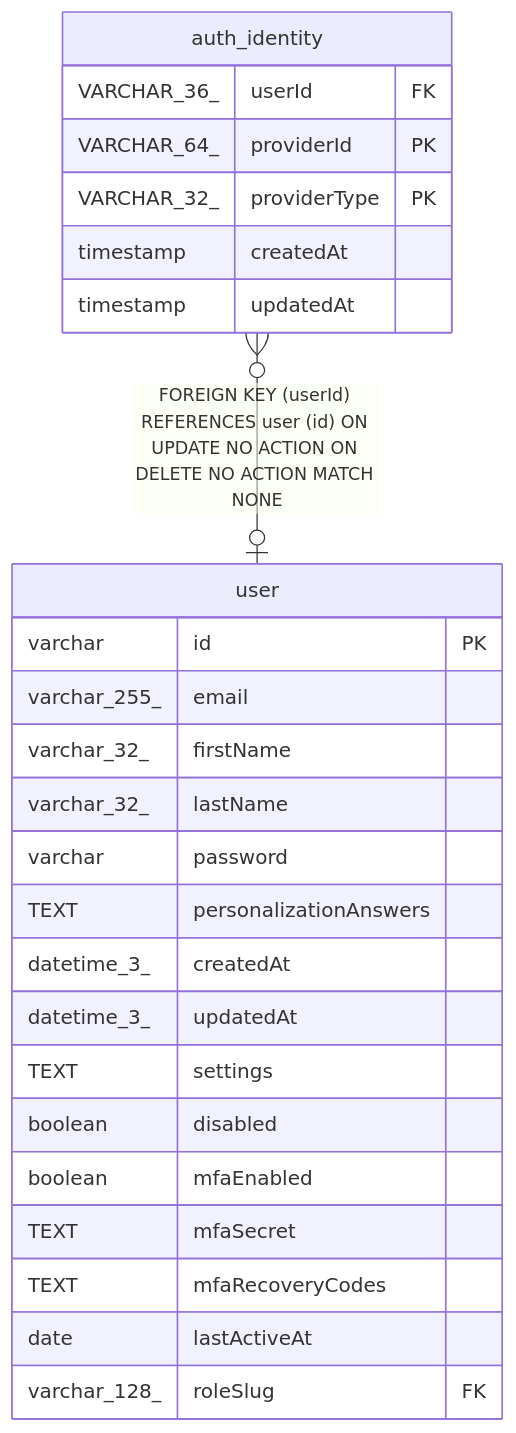
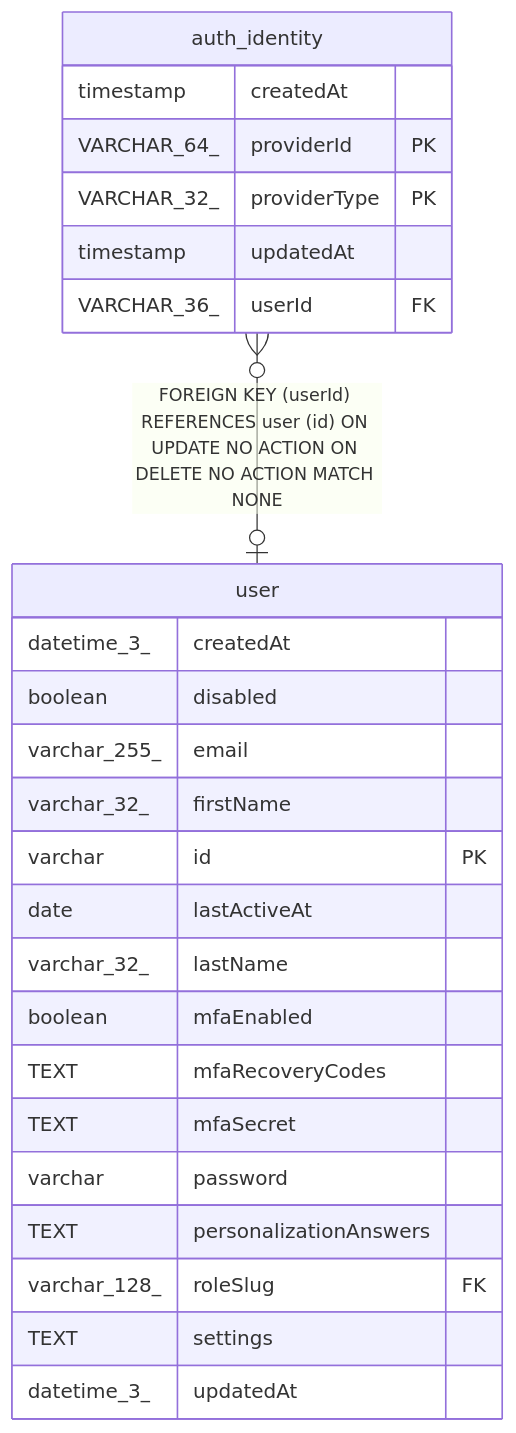
The diagram in docs/generated/sqlite-schema/auth_identity.md (mayankjain1815-commits/n8n), drawn with Mermaid before and after one commit. The commit also changed other lines of this file and 221 other files, not shown here.

Commit message:
chore(core): Make DB schema docs generation deterministic (#32373)

````diff
--- a/docs/generated/sqlite-schema/auth_identity.md
+++ b/docs/generated/sqlite-schema/auth_identity.md
@@ -48,30 +48,30 @@
 ```mermaid
 erDiagram
 
 "auth_identity" }o--o| "user" : "FOREIGN KEY (userId) REFERENCES user (id) ON UPDATE NO ACTION ON DELETE NO ACTION MATCH NONE"
 
 "auth_identity" {
-  VARCHAR_36_ userId FK
+  timestamp createdAt
   VARCHAR_64_ providerId PK
   VARCHAR_32_ providerType PK
-  timestamp createdAt
   timestamp updatedAt
+  VARCHAR_36_ userId FK
 }
 "user" {
-  varchar id PK
+  datetime_3_ createdAt
+  boolean disabled
   varchar_255_ email
   varchar_32_ firstName
+  varchar id PK
+  date lastActiveAt
   varchar_32_ lastName
+  boolean mfaEnabled
+  TEXT mfaRecoveryCodes
+  TEXT mfaSecret
   varchar password
   TEXT personalizationAnswers
-  datetime_3_ createdAt
+  varchar_128_ roleSlug FK
+  TEXT settings
   datetime_3_ updatedAt
-  TEXT settings
-  boolean disabled
-  boolean mfaEnabled
-  TEXT mfaSecret
-  TEXT mfaRecoveryCodes
-  date lastActiveAt
-  varchar_128_ roleSlug FK
 }
 ```
````
